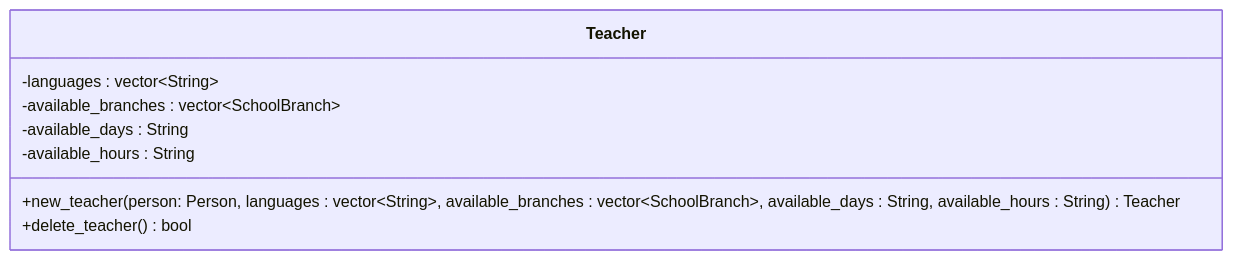
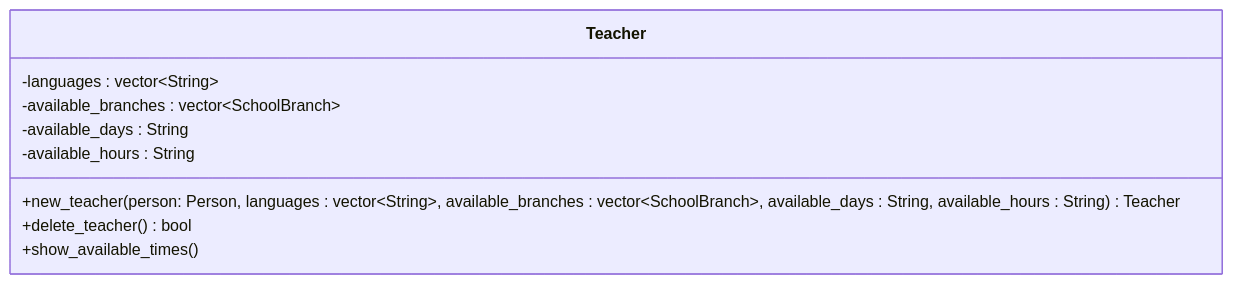
Before and after one commit to ondergormez/BLM3722_Software_Engineering: the fifth of 9 diagrams in Project/UML_Diag.md, drawn with Mermaid. The commit also changed 4 other files, not shown here.

````diff
--- a/Project/UML_Diag.md
+++ b/Project/UML_Diag.md
@@ -112,11 +112,12 @@
 ```mermaid
 classDiagram    
     class Teacher{
       -languages : vector~String~ 
       -available_branches : vector~SchoolBranch~ 
       -available_days : String 
       -available_hours : String
       +new_teacher(person: Person, languages : vector~String~, available_branches : vector~SchoolBranch~, available_days : String, available_hours : String)  Teacher
      +delete_teacher() bool
+     +show_available_times()
     }
 ```
````
